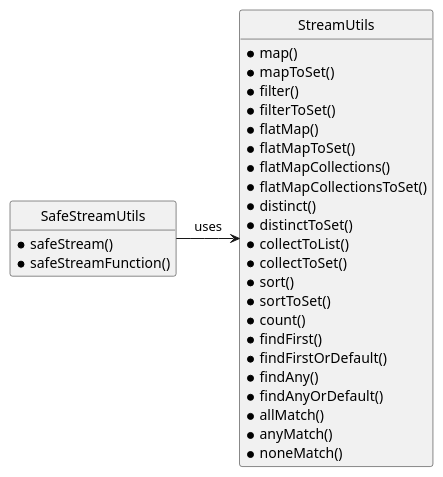
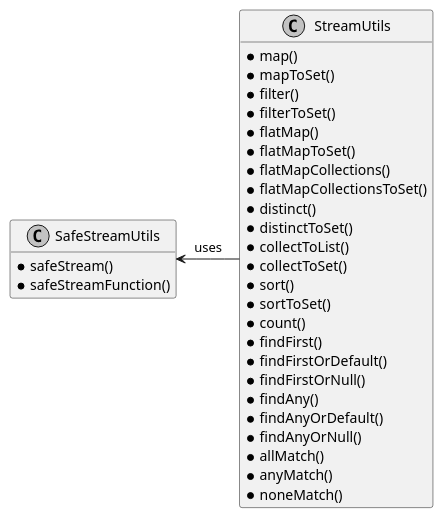
Before and after one commit to avegera/stream-utils: the diagram in README.adoc, drawn with PlantUML. The commit also changed other lines of this file and 2 other files, not shown here.

Commit message:
#6 - Added findFirstOrNull() and findAnyOrNull() methods to StreamUtils

```diff
--- a/README.adoc
+++ b/README.adoc
@@ -43,38 +52,39 @@
 [plantuml, diagram-classes, png]
 ....
 hide fields
-hide circle
 skinparam monochrome true
 skinparam defaultFontName JetBrains Mono
 
 class SafeStreamUtils {
     * safeStream()
     * safeStreamFunction()
 }
 
 class StreamUtils {
 * map()
 * mapToSet()
 * filter()
 * filterToSet()
 * flatMap()
 * flatMapToSet()
 * flatMapCollections()
 * flatMapCollectionsToSet()
 * distinct()
 * distinctToSet()
 * collectToList()
 * collectToSet()
 * sort()
 * sortToSet()
 * count()
 * findFirst()
 * findFirstOrDefault()
+* findFirstOrNull()
 * findAny()
 * findAnyOrDefault()
+* findAnyOrNull()
 * allMatch()
 * anyMatch()
 * noneMatch()
 }
-SafeStreamUtils --right--> StreamUtils : uses
+SafeStreamUtils <--right-- StreamUtils : uses
 ....
```
